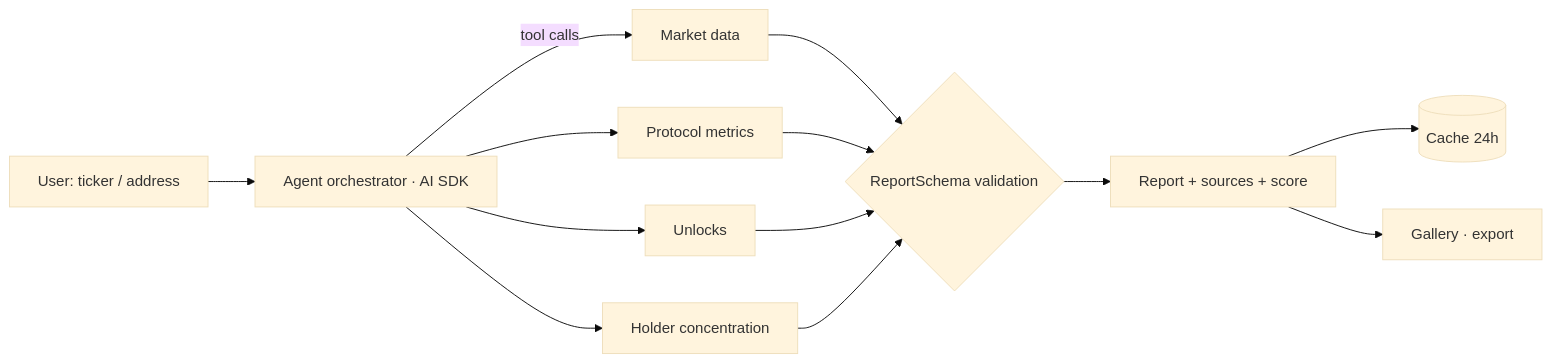
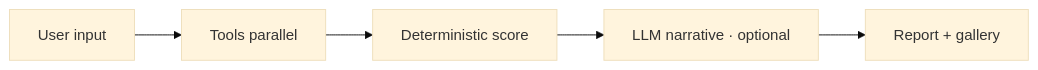
One commit to osobennyj/warehouse-of-sites changed the diagram in projects/things-i-built/content/projects/ai-token-due-diligence.md. Above: the diagram before and after it, drawn with Mermaid (base theme). The commit also changed other lines of this file and 8 other files, not shown here.

````diff
--- a/projects/things-i-built/content/projects/ai-token-due-diligence.md
+++ b/projects/things-i-built/content/projects/ai-token-due-diligence.md
@@ -38,12 +37,7 @@
 ```mermaid
 flowchart LR
-  U[User: ticker / address] --> AG[Agent orchestrator · AI SDK]
-  AG -->|tool calls| T1[Market data]
-  AG --> T2[Protocol metrics]
-  AG --> T3[Unlocks]
-  AG --> T4[Holder concentration]
-  T1 & T2 & T3 & T4 --> V{ReportSchema validation}
-  V --> R[Report + sources + score]
-  R --> C[(Cache 24h)]
-  R --> G[Gallery · export]
+  U[User input] --> T[Tools parallel]
+  T --> S[Deterministic score]
+  S --> L[LLM narrative · optional]
+  L --> R[Report + gallery]
 ```
````
